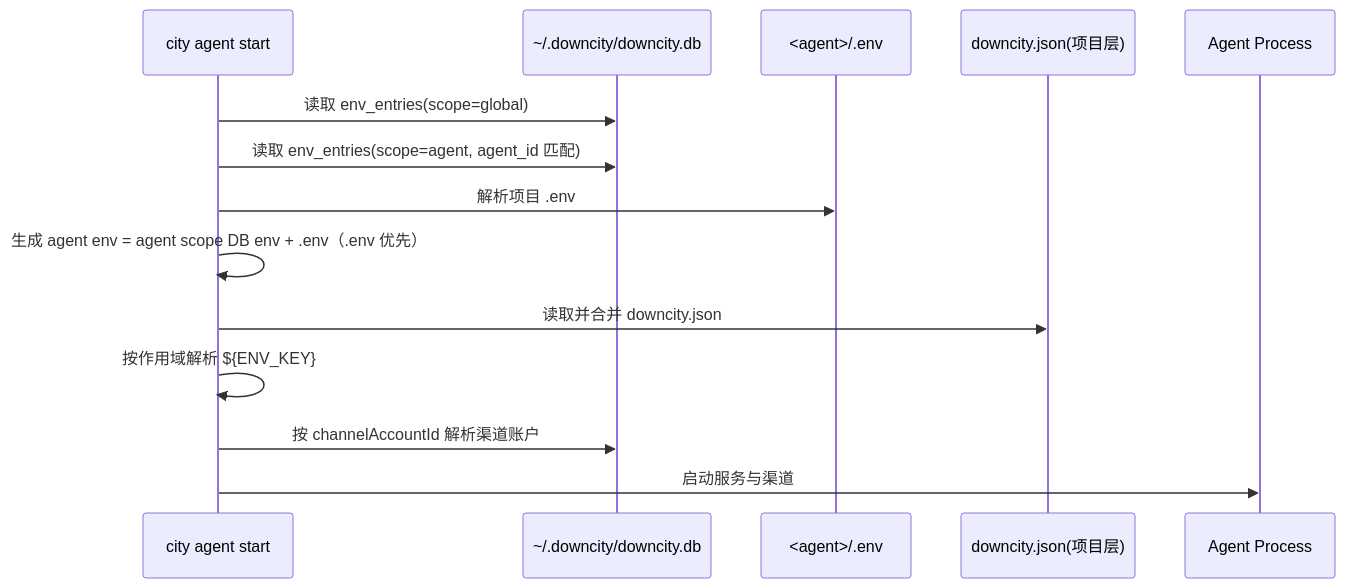
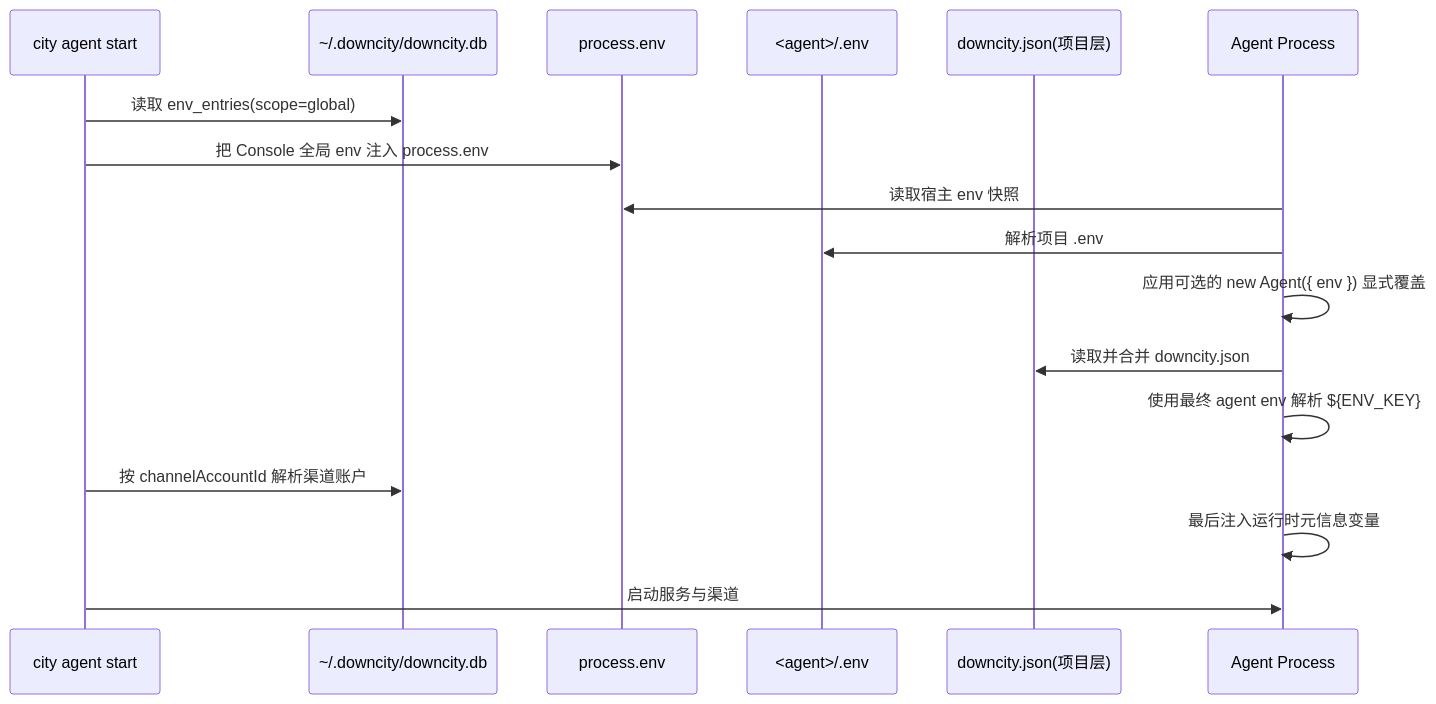
The first of 2 diagrams in homepage/content/docs/zh/configuration/environment-variables.mdx (wangenius/downcity), drawn with Mermaid before and after one commit. The commit also changed other lines of this file and 28 other files, not shown here.

Commit message:
refactor(env): simplify agent and city env pipeline

````diff
--- a/homepage/content/docs/zh/configuration/environment-variables.mdx
+++ b/homepage/content/docs/zh/configuration/environment-variables.mdx
@@ -36,17 +38,20 @@
 ```mermaid
 sequenceDiagram
   participant CLI as city agent start
   participant DB as ~/.downcity/downcity.db
+  participant PROC as process.env
   participant ENV as <agent>/.env
   participant JSON as downcity.json(项目层)
   participant RT as Agent Process
 
   CLI->>DB: 读取 env_entries(scope=global)
-  CLI->>DB: 读取 env_entries(scope=agent, agent_id 匹配)
-  CLI->>ENV: 解析项目 .env
-  CLI->>CLI: 生成 agent env = agent scope DB env + .env（.env 优先）
-  CLI->>JSON: 读取并合并 downcity.json
-  CLI->>CLI: 按作用域解析 ${ENV_KEY}
+  CLI->>PROC: 把 Console 全局 env 注入 process.env
+  RT->>PROC: 读取宿主 env 快照
+  RT->>ENV: 解析项目 .env
+  RT->>RT: 应用可选的 new Agent({ env }) 显式覆盖
+  RT->>JSON: 读取并合并 downcity.json
+  RT->>RT: 使用最终 agent env 解析 ${ENV_KEY}
   CLI->>DB: 按 channelAccountId 解析渠道账户
+  RT->>RT: 最后注入运行时元信息变量
   CLI->>RT: 启动服务与渠道
 ```
````
